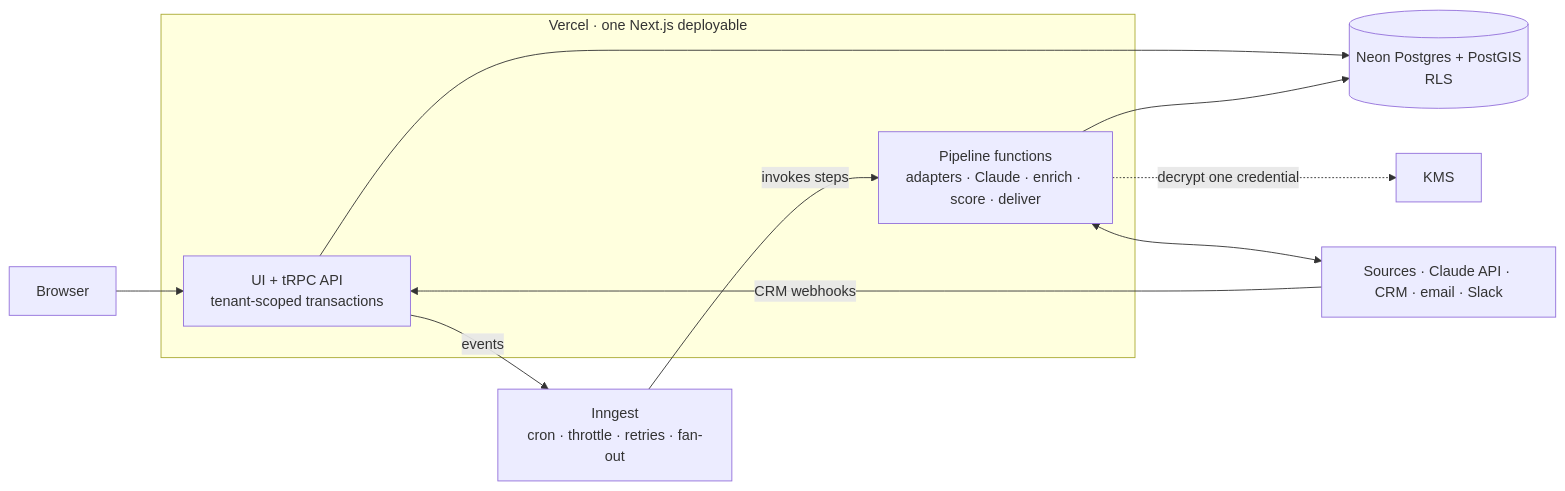
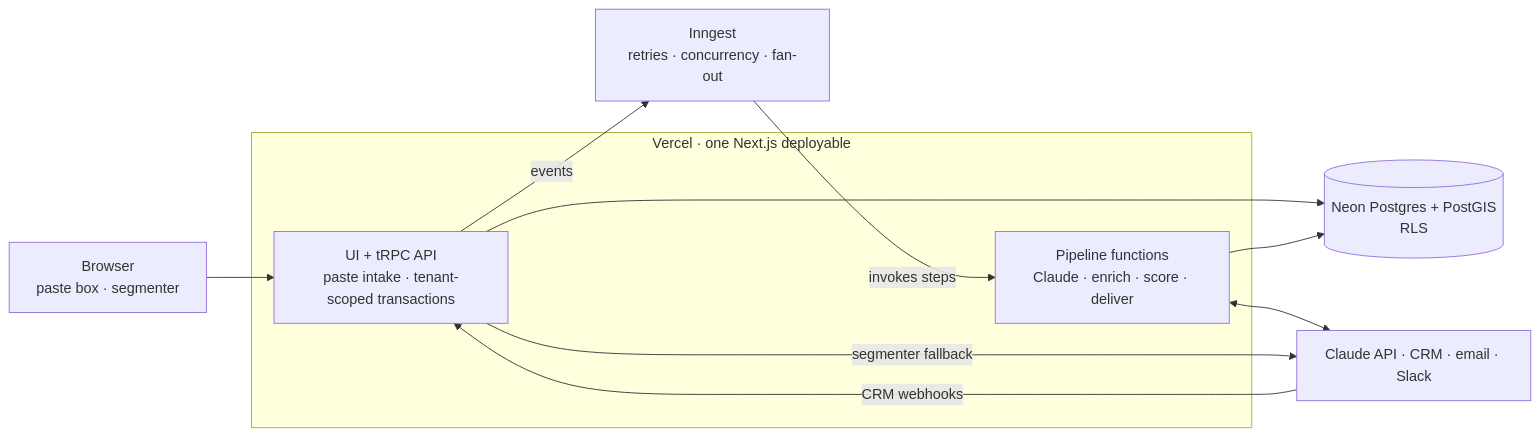
The diagram in docs/designs/design-b-typed-monolith.md (andrearaujokerry/realestate), drawn with Mermaid before and after one commit. The commit also changed other lines of this file and 4 other files, not shown here.

````diff
--- a/docs/designs/design-b-typed-monolith.md
+++ b/docs/designs/design-b-typed-monolith.md
@@ -25,21 +26,20 @@
 ```mermaid
 flowchart LR
-  BR["Browser"]
+  BR["Browser<br/>paste box · segmenter"]
   subgraph vercel["Vercel · one Next.js deployable"]
-    APP["UI + tRPC API<br/>tenant-scoped transactions"]
-    FN["Pipeline functions<br/>adapters · Claude · enrich · score · deliver"]
+    APP["UI + tRPC API<br/>paste intake · tenant-scoped transactions"]
+    FN["Pipeline functions<br/>Claude · enrich · score · deliver"]
   end
-  ING["Inngest<br/>cron · throttle · retries · fan-out"]
+  ING["Inngest<br/>retries · concurrency · fan-out"]
   DB[("Neon Postgres + PostGIS<br/>RLS")]
-  KMS["KMS"]
-  EXT["Sources · Claude API · CRM · email · Slack"]
+  EXT["Claude API · CRM · email · Slack"]
 
   BR --> APP
   APP --> DB
   APP -- "events" --> ING
   ING -- "invokes steps" --> FN
   FN --> DB
-  FN -. "decrypt one credential" .-> KMS
   FN <--> EXT
+  APP -- "segmenter fallback" --> EXT
   EXT -- "CRM webhooks" --> APP
 ```
````
